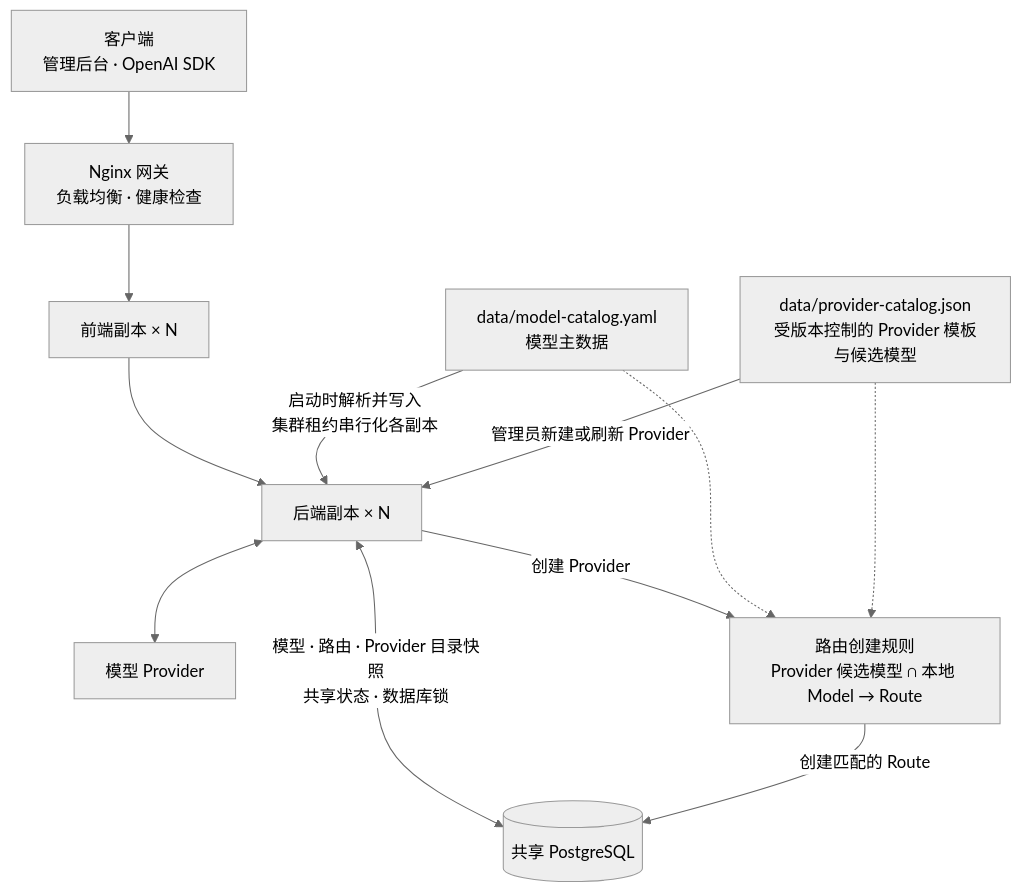
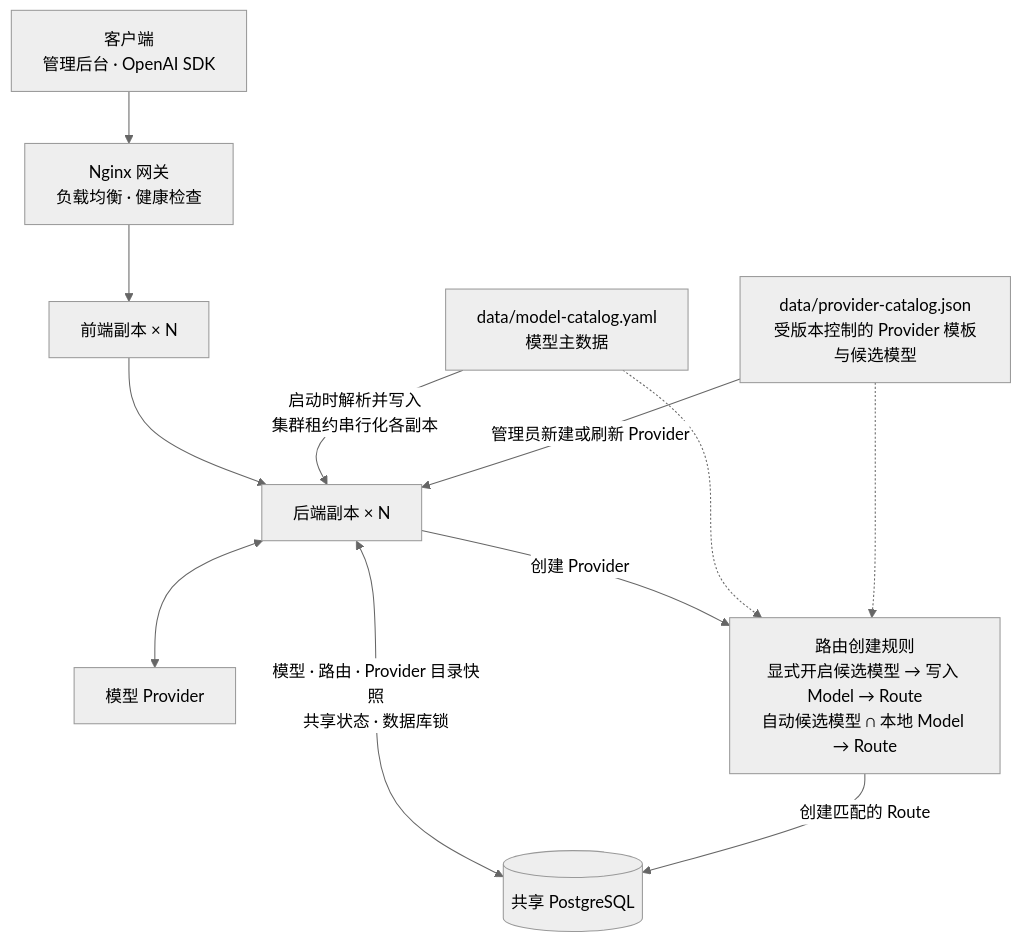
Before and after one commit to IIXINGCHEN/TokenHub: the diagram in docs/zh-CN/deployment.md, drawn with Mermaid (neutral theme). The commit also changed other lines of this file and 7 other files, not shown here.

````diff
--- a/docs/zh-CN/deployment.md
+++ b/docs/zh-CN/deployment.md
@@ -53,16 +53,16 @@
 ```mermaid
 flowchart TB
     clients["客户端<br/>管理后台 · OpenAI SDK"] --> nginx["Nginx 网关<br/>负载均衡 · 健康检查"]
     nginx --> frontend["前端副本 × N"]
     frontend --> backend["后端副本 × N"]
     backend <--> providers["模型 Provider"]
 
     local["data/model-catalog.yaml<br/>模型主数据"] -->|"启动时解析并写入<br/>集群租约串行化各副本"| backend
     providerCatalog["data/provider-catalog.json<br/>受版本控制的 Provider 模板与候选模型"] -->|"管理员新建或刷新 Provider"| backend
     backend <-->|"模型 · 路由 · Provider 目录快照<br/>共享状态 · 数据库锁"| postgres[("共享 PostgreSQL")]
 
-    backend -->|"创建 Provider"| rule["路由创建规则<br/>Provider 候选模型 ∩ 本地 Model → Route"]
+    backend -->|"创建 Provider"| rule["路由创建规则<br/>显式开启候选模型 → 写入 Model → Route<br/>自动候选模型 ∩ 本地 Model → Route"]
     local -.-> rule
     providerCatalog -.-> rule
     rule -->|"创建匹配的 Route"| postgres
 ```
````
